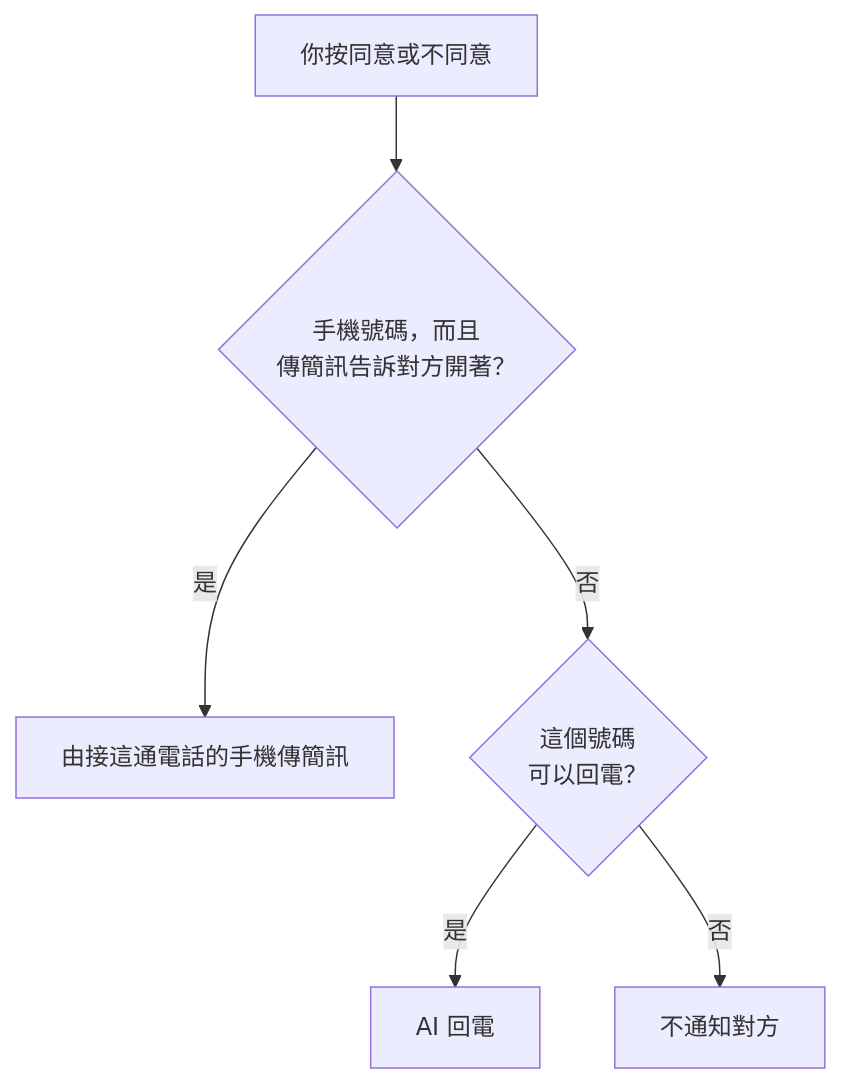
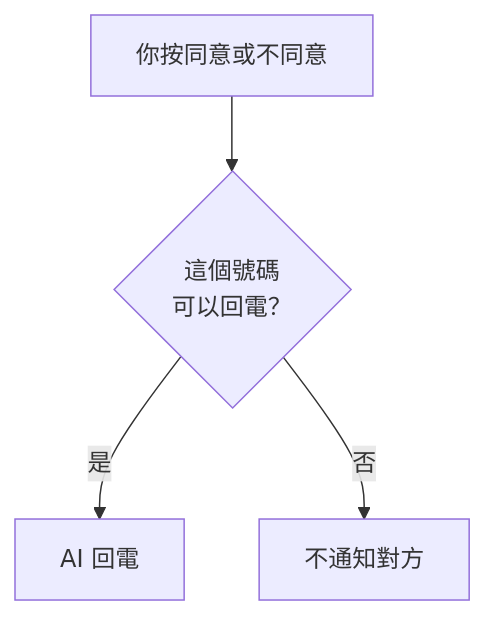
One commit to h4lo-void/bageo-call-bluetooth changed the diagram in docs/zh-TW/SETTINGS.md. Above: the diagram before and after it, drawn with Mermaid. The commit also changed other lines of this file and 94 other files, not shown here.

````diff
--- a/docs/zh-TW/SETTINGS.md
+++ b/docs/zh-TW/SETTINGS.md
@@ -287,8 +276,6 @@
 ```mermaid
 flowchart TD
-    A[你按同意或不同意] --> B{手機號碼，而且<br/>傳簡訊告訴對方開著？}
-    B -- 是 --> T[由接這通電話的手機傳簡訊]
-    B -- 否 --> C{這個號碼<br/>可以回電？}
+    A[你按同意或不同意] --> C{這個號碼<br/>可以回電？}
     C -- 是 --> K[AI 回電]
     C -- 否 --> N[不通知對方]
 ```
````
